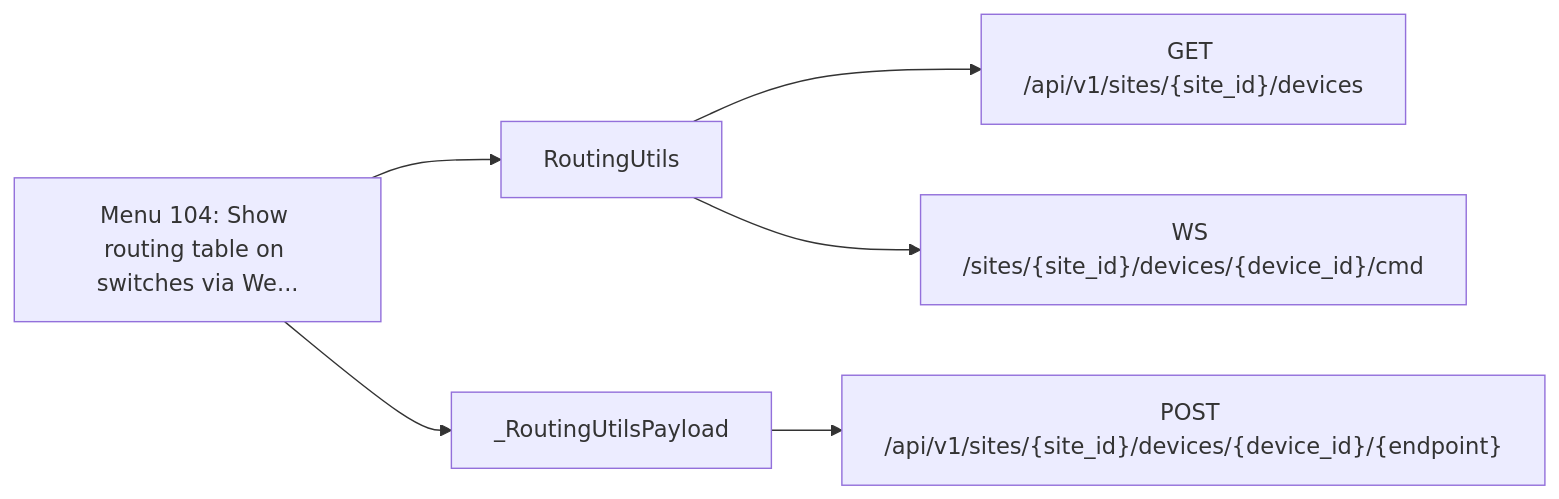
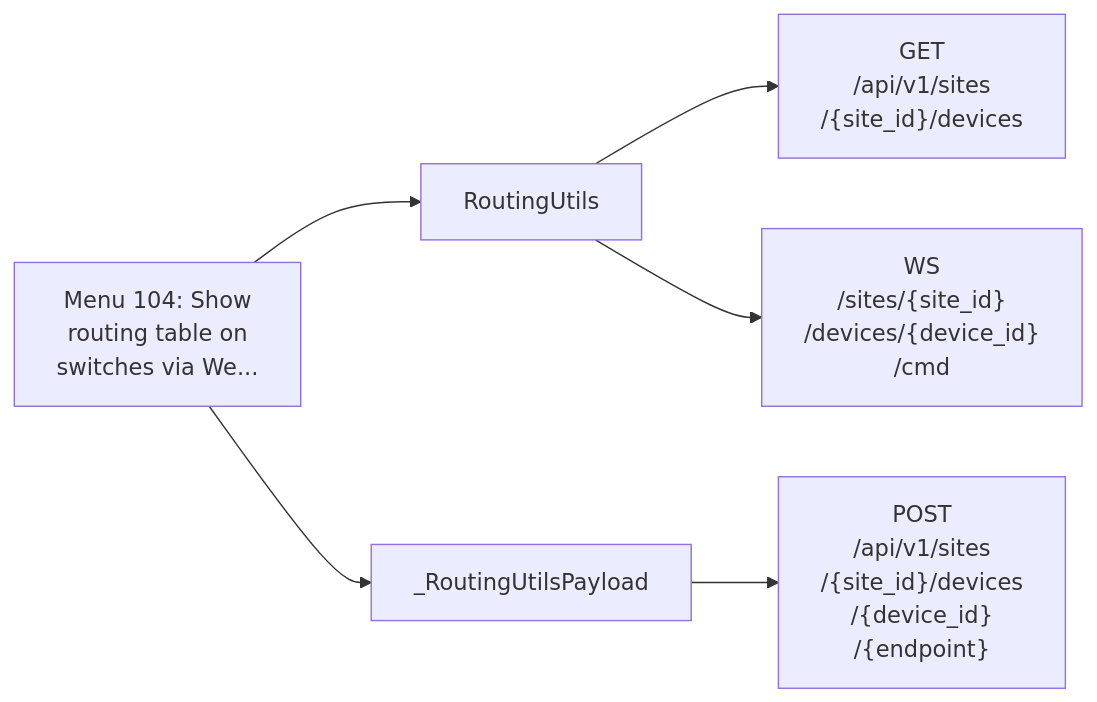
The fourth of 23 diagrams in documentation/menu-api/websocket.md (jmorrison-juniper/MistHelper), drawn with Mermaid before and after one commit. The commit also changed other lines of this file and 19 other files, not shown here.

First line of the commit message:
docs(menu-api): fit the Mermaid diagrams to the wiki column

````diff
--- a/documentation/menu-api/websocket.md
+++ b/documentation/menu-api/websocket.md
@@ -179,9 +87,9 @@
 ```mermaid
 flowchart LR
-    menu["Menu 104: Show routing table on switches via We..."]
+    menu["Menu 104: Show<br/>routing table on<br/>switches via We..."]
     menu --> c1["RoutingUtils"]
-    c1 --> e1["GET /api/v1/sites/{site_id}/devices"]
-    c1 --> e2["WS /sites/{site_id}/devices/{device_id}/cmd"]
+    c1 --> e1["GET<br/>/api/v1/sites<br/>/{site_id}/devices"]
+    c1 --> e2["WS<br/>/sites/{site_id}<br/>/devices/{device_id}<br/>/cmd"]
     menu --> c2["_RoutingUtilsPayload"]
-    c2 --> e3["POST /api/v1/sites/{site_id}/devices/{device_id}/{endpoint}"]
+    c2 --> e3["POST<br/>/api/v1/sites<br/>/{site_id}/devices<br/>/{device_id}<br/>/{endpoint}"]
 ```
````
